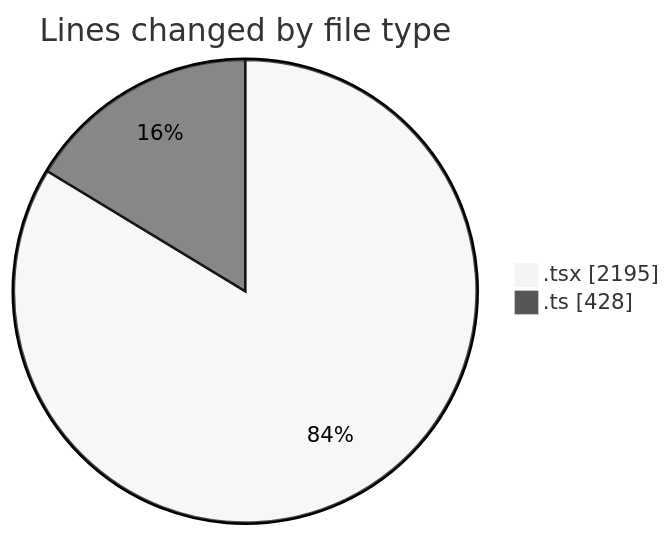
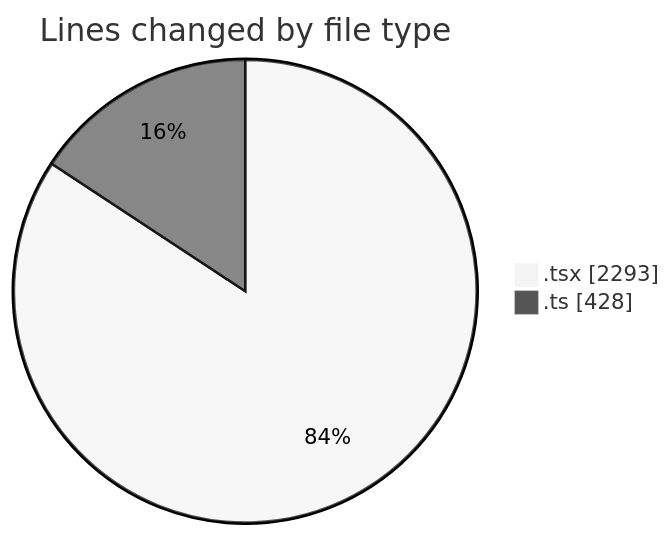
One commit to nxtqubesakshisongat/code-tracking changed the first of 2 diagrams in 2026-06-19/nxtqube_webapp/README.md. Above: the diagram before and after it, drawn with Mermaid (neutral theme). The commit also changed other lines of this file and 1 other file, not shown here.

````diff
--- a/2026-06-19/nxtqube_webapp/README.md
+++ b/2026-06-19/nxtqube_webapp/README.md
@@ -22,6 +22,6 @@
 ```mermaid
 pie showData
 title Lines changed by file type
-".tsx" : 2195
+".tsx" : 2293
 ".ts" : 428
 ```
````
